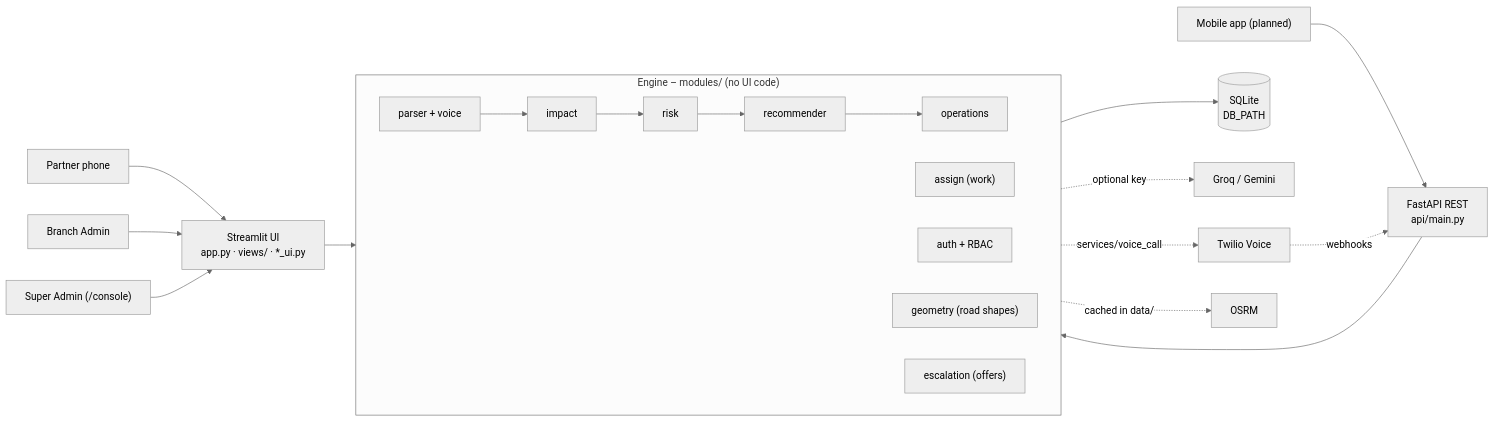
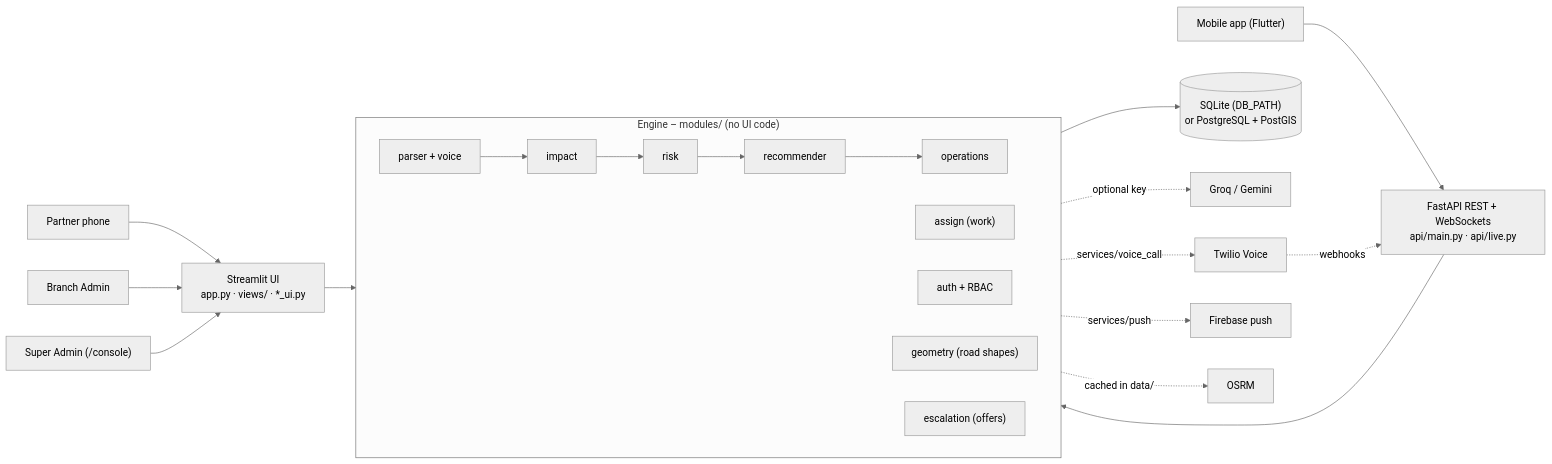
The diagram in README.md (vaiu0412/hack_inovix), drawn with Mermaid (neutral theme) before and after one commit. The commit also changed other lines of this file and 4 other files, not shown here.

````diff
--- a/README.md
+++ b/README.md
@@ -30,22 +30,23 @@
 ```mermaid
 flowchart LR
     partner["Partner phone"] --> ui
     admin["Branch Admin"] --> ui
     superadmin["Super Admin (/console)"] --> ui
-    mobile["Mobile app (planned)"] --> api
+    mobile["Mobile app (Flutter)"] --> api
     ui["Streamlit UI<br/>app.py · views/ · *_ui.py"] --> engine
-    api["FastAPI REST<br/>api/main.py"] --> engine
+    api["FastAPI REST + WebSockets<br/>api/main.py · api/live.py"] --> engine
     subgraph engine["Engine – modules/ (no UI code)"]
         direction LR
         parser["parser + voice"] --> impact --> risk --> recommender --> operations
         assign["assign (work)"]
         auth["auth + RBAC"]
         geometry["geometry (road shapes)"]
         escalation["escalation (offers)"]
     end
-    engine --> db[("SQLite<br/>DB_PATH")]
+    engine --> db[("SQLite (DB_PATH)<br/>or PostgreSQL + PostGIS")]
     parser -. "optional key" .-> llm["Groq / Gemini"]
     escalation -. "services/voice_call" .-> twilio["Twilio Voice"]
+    escalation -. "services/push" .-> fcm["Firebase push"]
     twilio -. "webhooks" .-> api
     geometry -. "cached in data/" .-> osrm["OSRM"]
 ```
````
